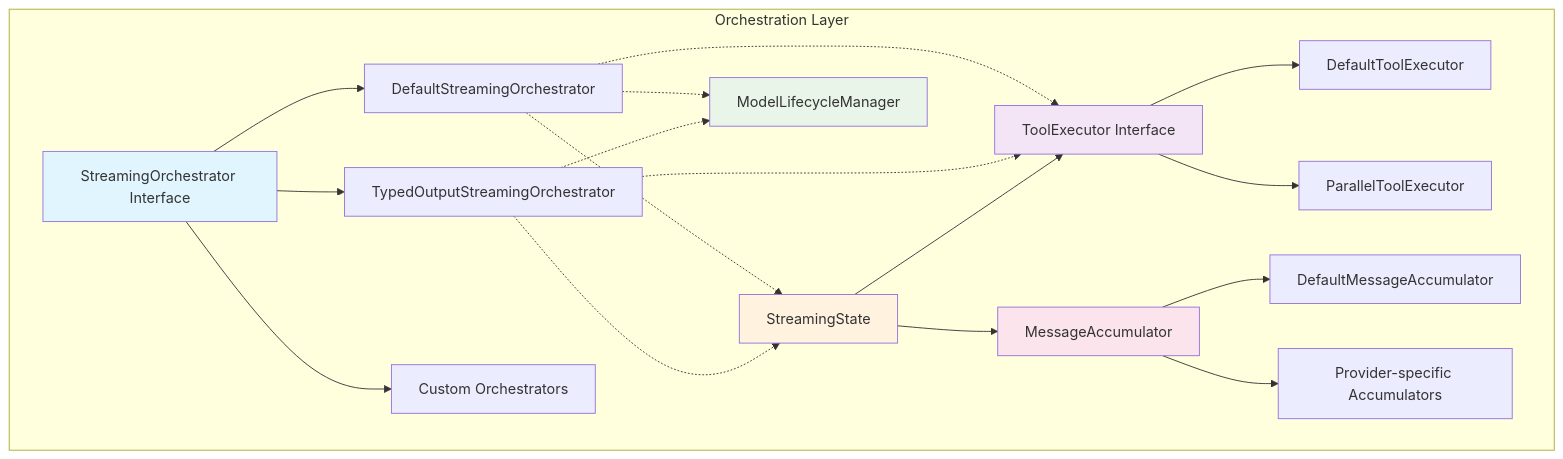
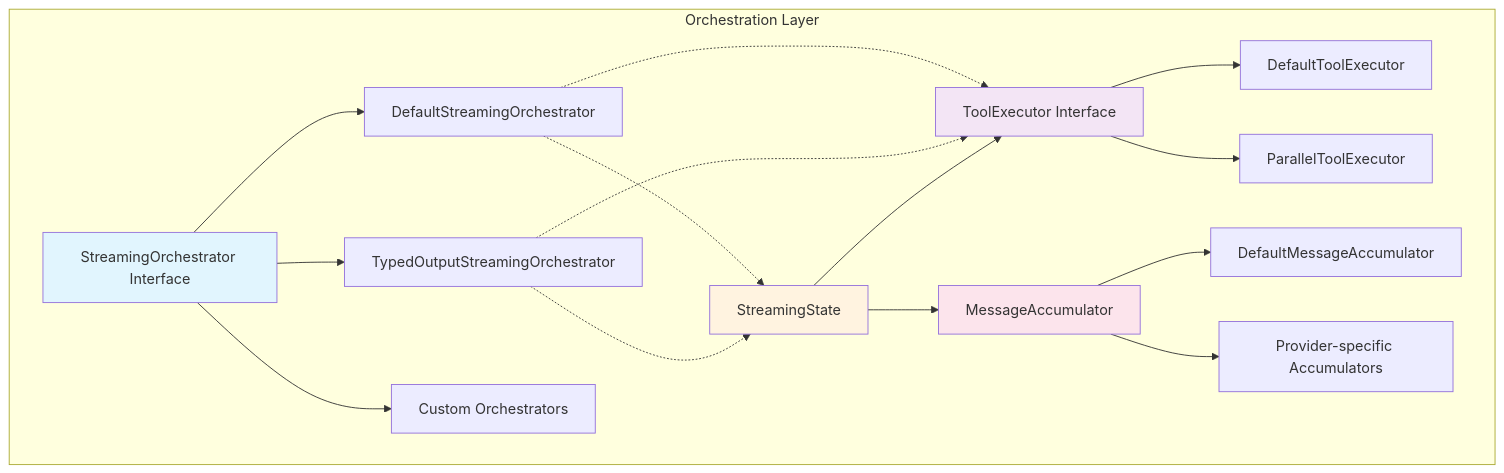
The first of 2 diagrams in packages/langchain_compat/specs/ORCHESTRATION_LAYER_ARCHITECTURE.md (csells/langchain_dart), drawn with Mermaid before and after one commit. The commit also changed other lines of this file and 12 other files, not shown here.

Commit message:
Removed ModelLifecycleManager by directly handling model creation and disposal within the Agent class.

````diff
--- a/packages/langchain_compat/specs/ORCHESTRATION_LAYER_ARCHITECTURE.md
+++ b/packages/langchain_compat/specs/ORCHESTRATION_LAYER_ARCHITECTURE.md
@@ -46,44 +45,40 @@
 ```mermaid
 graph TB
     subgraph "Orchestration Layer"
         SO[StreamingOrchestrator Interface]
         DSO[DefaultStreamingOrchestrator]
         TSO[TypedOutputStreamingOrchestrator]
         CSO[Custom Orchestrators]
         
         TE[ToolExecutor Interface]
         DTE[DefaultToolExecutor]
         PTE[ParallelToolExecutor]
         
         SS[StreamingState]
-        MLM[ModelLifecycleManager]
         MA[MessageAccumulator]
         DMA[DefaultMessageAccumulator]
         PMA[Provider-specific Accumulators]
     end
     
     SO --> DSO
     SO --> TSO
     SO --> CSO
     
     TE --> DTE
     TE --> PTE
     
     MA --> DMA
     MA --> PMA
     
     DSO -.-> SS
     TSO -.-> SS
     DSO -.-> TE
     TSO -.-> TE
-    DSO -.-> MLM
-    TSO -.-> MLM
     SS --> MA
     SS --> TE
     
     style SO fill:#e1f5fe
     style TE fill:#f3e5f5
     style SS fill:#fff3e0
-    style MLM fill:#e8f5e8
     style MA fill:#fce4ec
 ```
````
